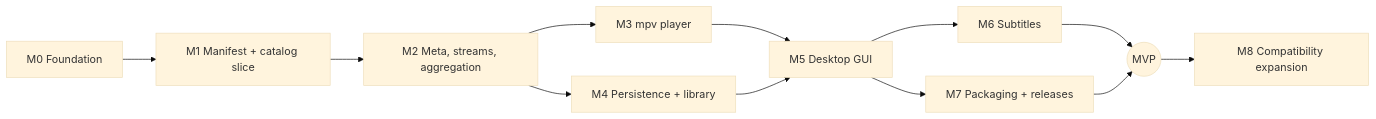
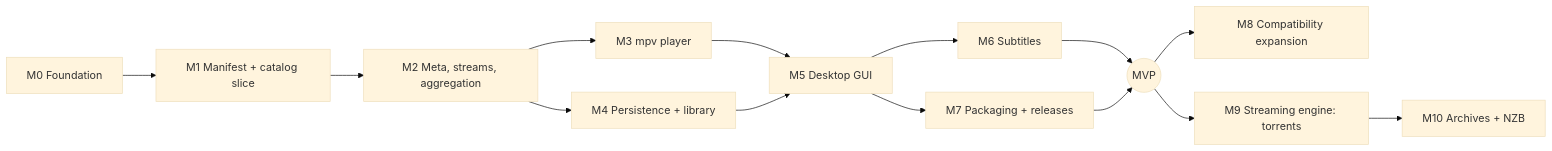
One commit to mdmrk/cineo changed the diagram in docs/ROADMAP.md. Above: the diagram before and after it, drawn with Mermaid (base theme). The commit also changed other lines of this file and 11 other files, not shown here.

Commit message:
docs: record product scope decisions and streaming engine ADR

````diff
--- a/docs/ROADMAP.md
+++ b/docs/ROADMAP.md
@@ -7,14 +7,16 @@
 ```mermaid
 flowchart LR
   M0[M0 Foundation] --> M1[M1 Manifest + catalog slice]
   M1 --> M2[M2 Meta, streams, aggregation]
   M2 --> M3[M3 mpv player]
   M2 --> M4[M4 Persistence + library]
   M3 --> M5[M5 Desktop GUI]
   M4 --> M5
   M5 --> M6[M6 Subtitles]
   M5 --> M7[M7 Packaging + releases]
   M6 --> MVP((MVP))
   M7 --> MVP
   MVP --> M8[M8 Compatibility expansion]
+  MVP --> M9[M9 Streaming engine: torrents]
+  M9 --> M10[M10 Archives + NZB]
 ```
````
